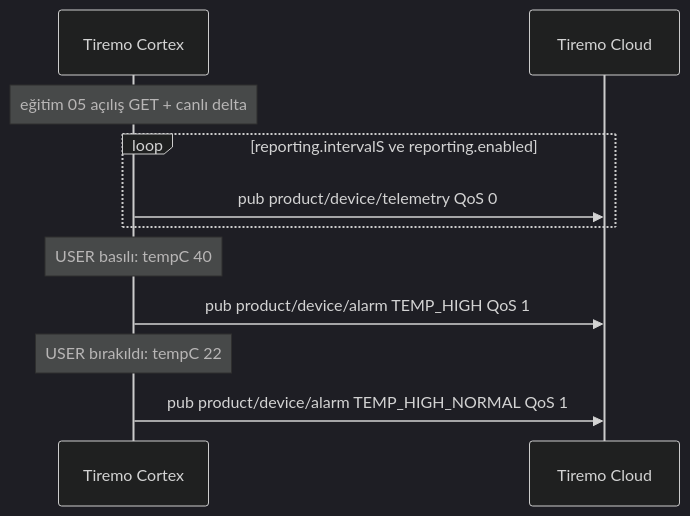
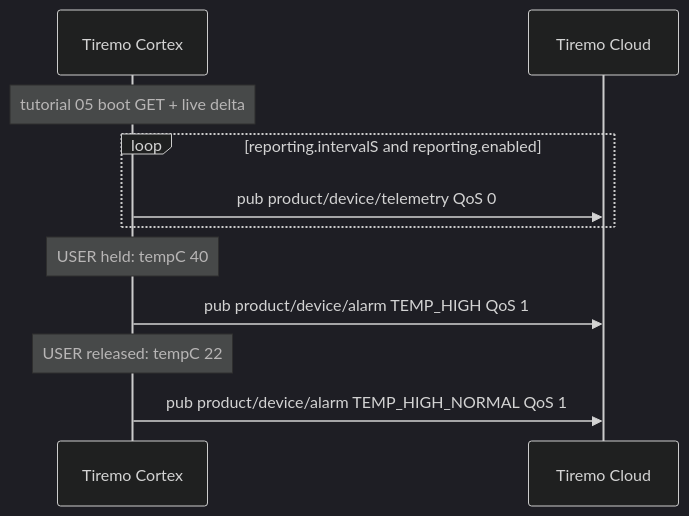
One commit to Empa-Electronics/Tiremo-Cortex-Tutorials changed the first of 2 diagrams in docs-tr/Tiremo_Cloud/Feature_Tutorials/06-Publishing_Alarms_And_Telemetry/README.md. Above: the diagram before and after it, drawn with Mermaid (dark theme). The commit also changed other lines of this file and 50 other files, not shown here.

````diff
--- a/docs-tr/Tiremo_Cloud/Feature_Tutorials/06-Publishing_Alarms_And_Telemetry/README.md
+++ b/docs-tr/Tiremo_Cloud/Feature_Tutorials/06-Publishing_Alarms_And_Telemetry/README.md
@@ -46,14 +48,14 @@
 ```mermaid
 sequenceDiagram
     participant Board as Tiremo Cortex
     participant Cloud as Tiremo Cloud
 
-    Note over Board: eğitim 05 açılış GET + canlı delta
-    loop reporting.intervalS ve reporting.enabled
+    Note over Board: tutorial 05 boot GET + live delta
+    loop reporting.intervalS and reporting.enabled
         Board->>Cloud: pub product/device/telemetry QoS 0
     end
-    Note over Board: USER basılı: tempC 40
+    Note over Board: USER held: tempC 40
     Board->>Cloud: pub product/device/alarm TEMP_HIGH QoS 1
-    Note over Board: USER bırakıldı: tempC 22
+    Note over Board: USER released: tempC 22
     Board->>Cloud: pub product/device/alarm TEMP_HIGH_NORMAL QoS 1
 ```
````
